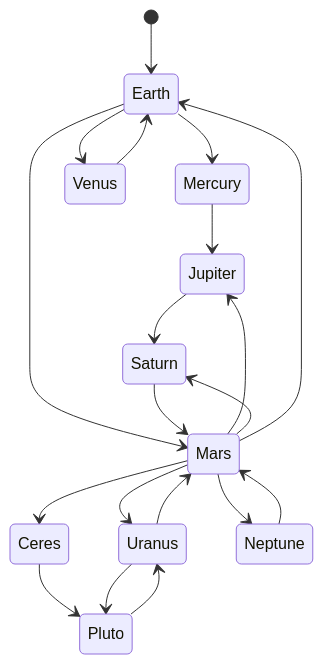
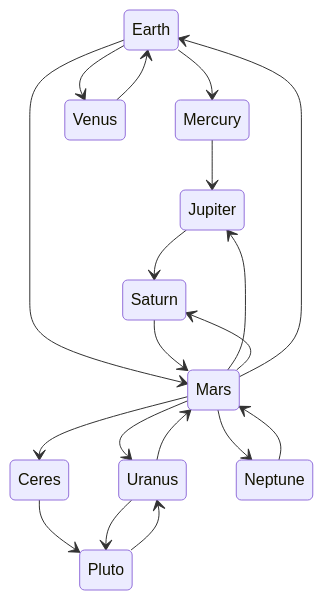
One commit to TimelessP/solarsystemexplorer changed the diagram in README.md. Above: the diagram before and after it, drawn with Mermaid.

Commit message:
The start location is random.

````diff
--- a/README.md
+++ b/README.md
@@ -19,22 +19,21 @@
 ```mermaid
 stateDiagram
-    [*] --> Earth
     Earth --> Mercury 
     Earth --> Venus 
     Venus --> Earth 
     Earth --> Mars 
     Mars --> Jupiter 
     Mars --> Saturn 
     Saturn --> Mars 
     Mars --> Uranus 
     Mars --> Ceres
     Ceres --> Pluto
     Uranus --> Mars 
     Uranus --> Pluto 
     Mars --> Neptune 
     Neptune --> Mars 
     Mercury --> Jupiter 
     Jupiter --> Saturn 
     Mars --> Earth
     Pluto --> Uranus
 ```
````
